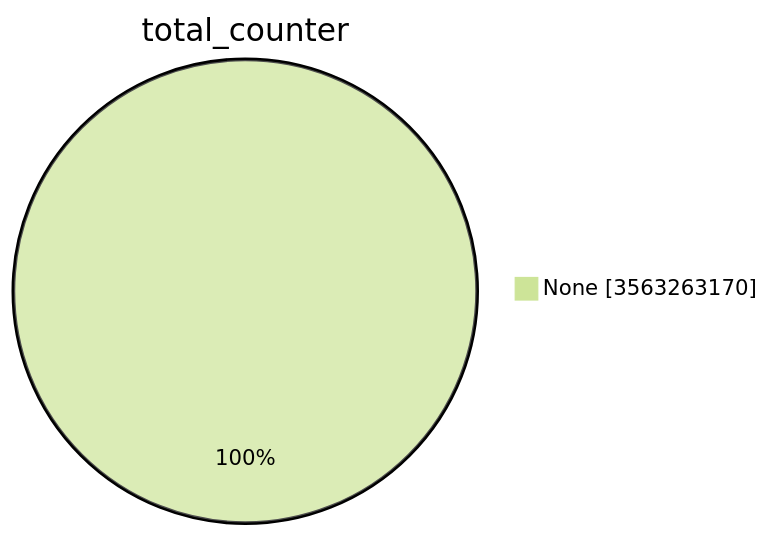
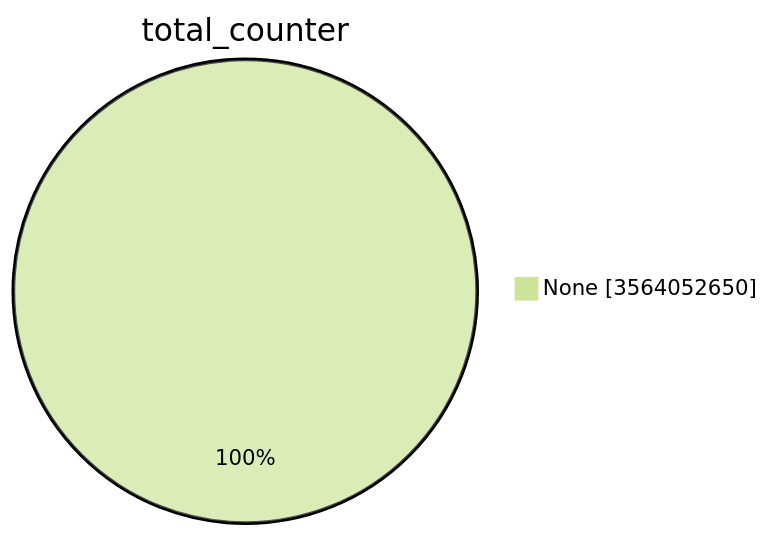
One commit to christiankrug/ctmonitor_visualization changed the first of 15 diagrams in TOTAL/README.md. Above: the diagram before and after it, drawn with Mermaid (forest theme). The commit also changed other lines of this file, not shown here.

````diff
--- a/TOTAL/README.md
+++ b/TOTAL/README.md
@@ -1,5 +1,5 @@
 ```mermaid
 pie showData
 title total_counter
-"None" :3563263170
+"None" :3564052650
 ```
````
